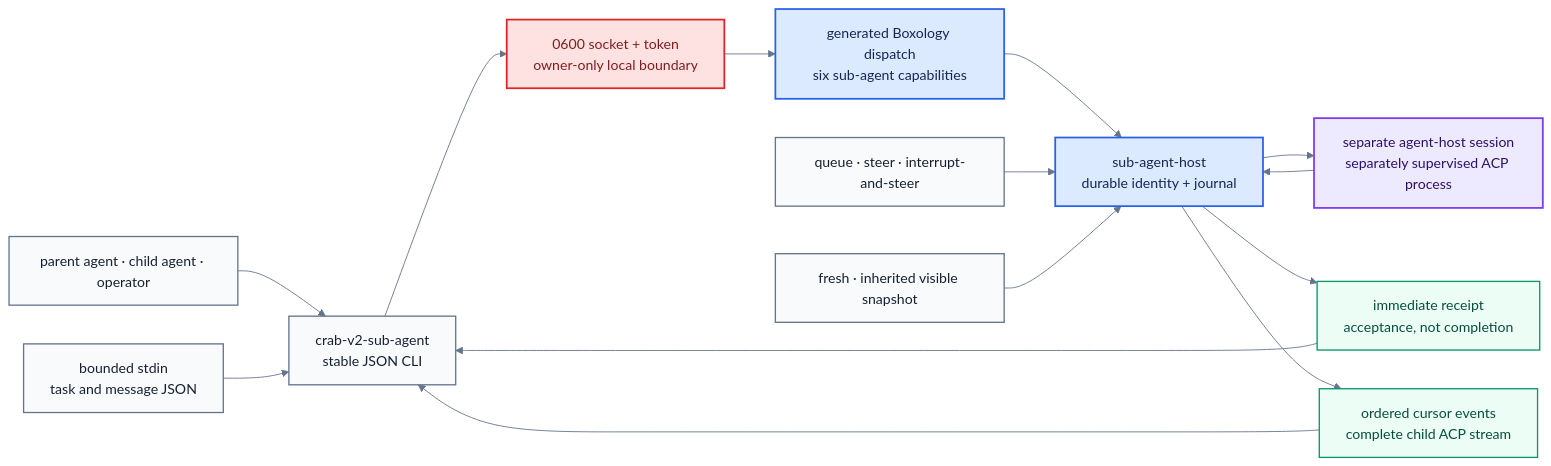
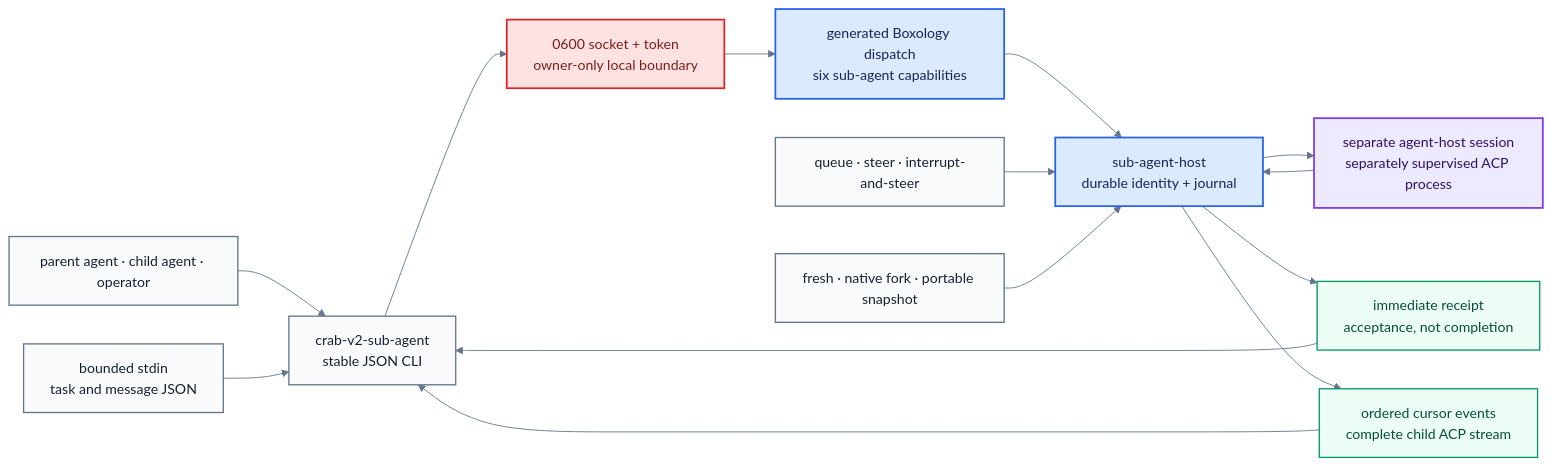
The diagram in v2/docs/sub-agent-control-flow.mmd (fontanierh/crab), drawn with Mermaid before and after one commit. The commit also changed 26 other files, not shown here.

```diff
--- a/v2/docs/sub-agent-control-flow.mmd
+++ b/v2/docs/sub-agent-control-flow.mmd
@@ -1,33 +1,33 @@
 %%{init: {"theme": "base", "themeVariables": {"fontFamily": "ui-sans-serif, system-ui, sans-serif", "primaryTextColor": "#172033", "lineColor": "#64748b", "edgeLabelBackground": "#ffffff"}, "flowchart": {"curve": "basis", "nodeSpacing": 44, "rankSpacing": 58}}}%%
 flowchart LR
     ACTOR["parent agent · child agent · operator"]
     CLI["crab-v2-sub-agent<br/>stable JSON CLI"]
     STDIN["bounded stdin<br/>task and message JSON"]
     AUTH["0600 socket + token<br/>owner-only local boundary"]
     IPC["generated Boxology dispatch<br/>six sub-agent capabilities"]
     HOST["sub-agent-host<br/>durable identity + journal"]
     CHILD["separate agent-host session<br/>separately supervised ACP process"]
     RECEIPT["immediate receipt<br/>acceptance, not completion"]
     EVENTS["ordered cursor events<br/>complete child ACP stream"]
 
     ACTOR --> CLI
     STDIN --> CLI --> AUTH --> IPC --> HOST --> CHILD
     CHILD --> HOST
     HOST --> RECEIPT --> CLI
     HOST --> EVENTS --> CLI
 
     MODES["queue · steer · interrupt-and-steer"]
-    CONTEXT["fresh · inherited visible snapshot"]
+    CONTEXT["fresh · native fork · portable snapshot"]
     MODES --> HOST
     CONTEXT --> HOST
 
     classDef client fill:#f8fafc,stroke:#64748b,stroke-width:1.5px,color:#172033;
     classDef guard fill:#fee2e2,stroke:#dc2626,stroke-width:2px,color:#7f1d1d;
     classDef host fill:#dbeafe,stroke:#2563eb,stroke-width:2px,color:#172554;
     classDef agent fill:#ede9fe,stroke:#7c3aed,stroke-width:2px,color:#2e1065;
     classDef result fill:#ecfdf5,stroke:#059669,stroke-width:1.5px,color:#064e3b;
     class ACTOR,CLI,STDIN,MODES,CONTEXT client;
     class AUTH guard;
     class IPC,HOST host;
     class CHILD agent;
     class RECEIPT,EVENTS result;
```
